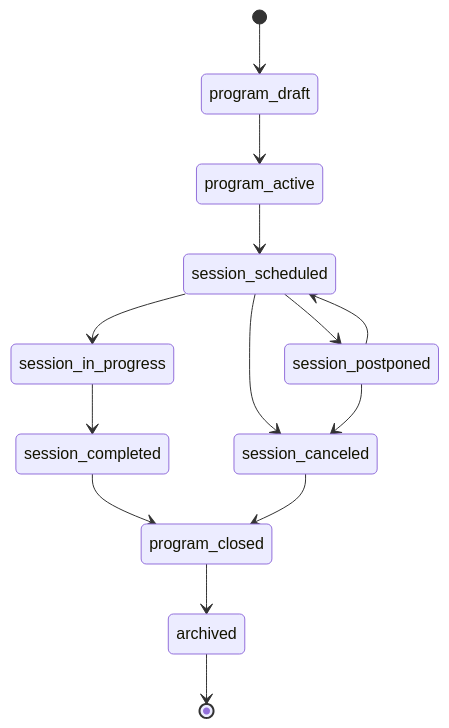
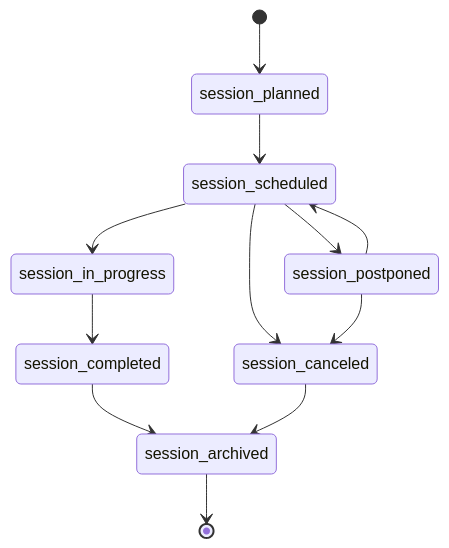
One commit to cyberdr1ft3r/hire-me-platform changed the fourth of 6 diagrams in docs/workflows.md. Above: the diagram before and after it, drawn with Mermaid. The commit also changed other lines of this file and 4 other files, not shown here.

Commit message:
docs: address final architecture review

````diff
--- a/docs/workflows.md
+++ b/docs/workflows.md
@@ -256,16 +314,14 @@
 ```mermaid
 stateDiagram-v2
-    [*] --> program_draft
-    program_draft --> program_active
-    program_active --> session_scheduled
+    [*] --> session_planned
+    session_planned --> session_scheduled
     session_scheduled --> session_in_progress
     session_scheduled --> session_postponed
     session_scheduled --> session_canceled
     session_postponed --> session_scheduled
     session_postponed --> session_canceled
     session_in_progress --> session_completed
-    session_completed --> program_closed
-    session_canceled --> program_closed
-    program_closed --> archived
-    archived --> [*]
+    session_completed --> session_archived
+    session_canceled --> session_archived
+    session_archived --> [*]
 ```
````
